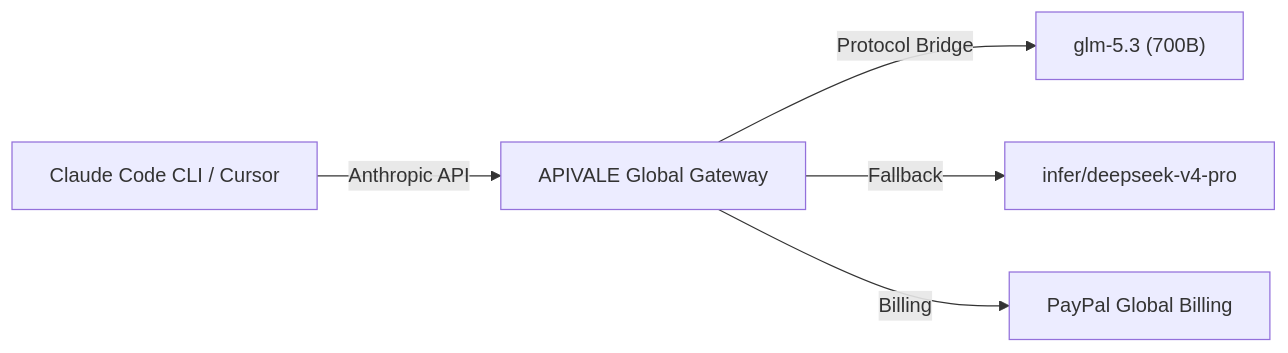
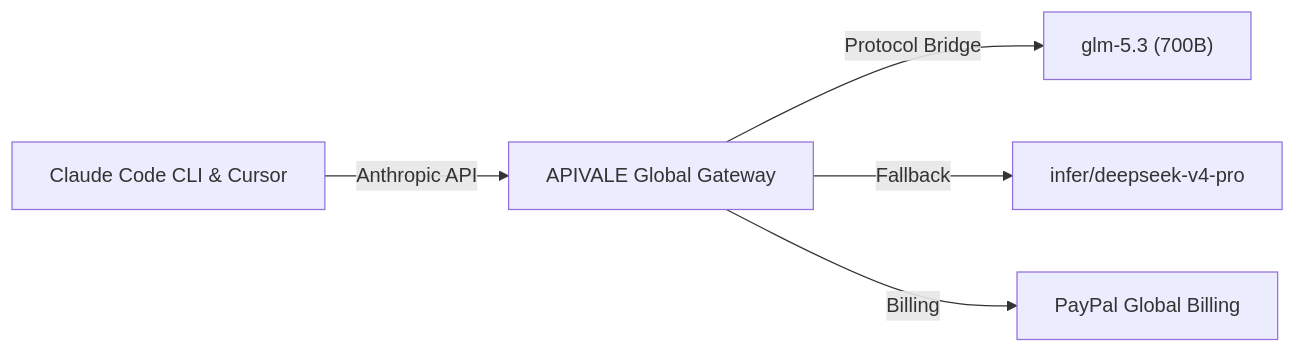
The diagram in src/content/blog/connect-glm-5-3-to-claude-code-cli-cursor.md (bshx2024/apivel_blog), drawn with Mermaid before and after one commit. The commit also changed other lines of this file, not shown here.

````diff
--- a/src/content/blog/connect-glm-5-3-to-claude-code-cli-cursor.md
+++ b/src/content/blog/connect-glm-5-3-to-claude-code-cli-cursor.md
@@ -41,7 +41,7 @@
 ```mermaid
 graph LR
-    A["Claude Code CLI / Cursor"] -->|Anthropic API| B["APIVALE Global Gateway"]
+    A["Claude Code CLI & Cursor"] -->|Anthropic API| B["APIVALE Global Gateway"]
     B -->|Protocol Bridge| C["glm-5.3 (700B)"]
     B -->|Fallback| D["infer/deepseek-v4-pro"]
     B -->|Billing| E["PayPal Global Billing"]
 ```
````
